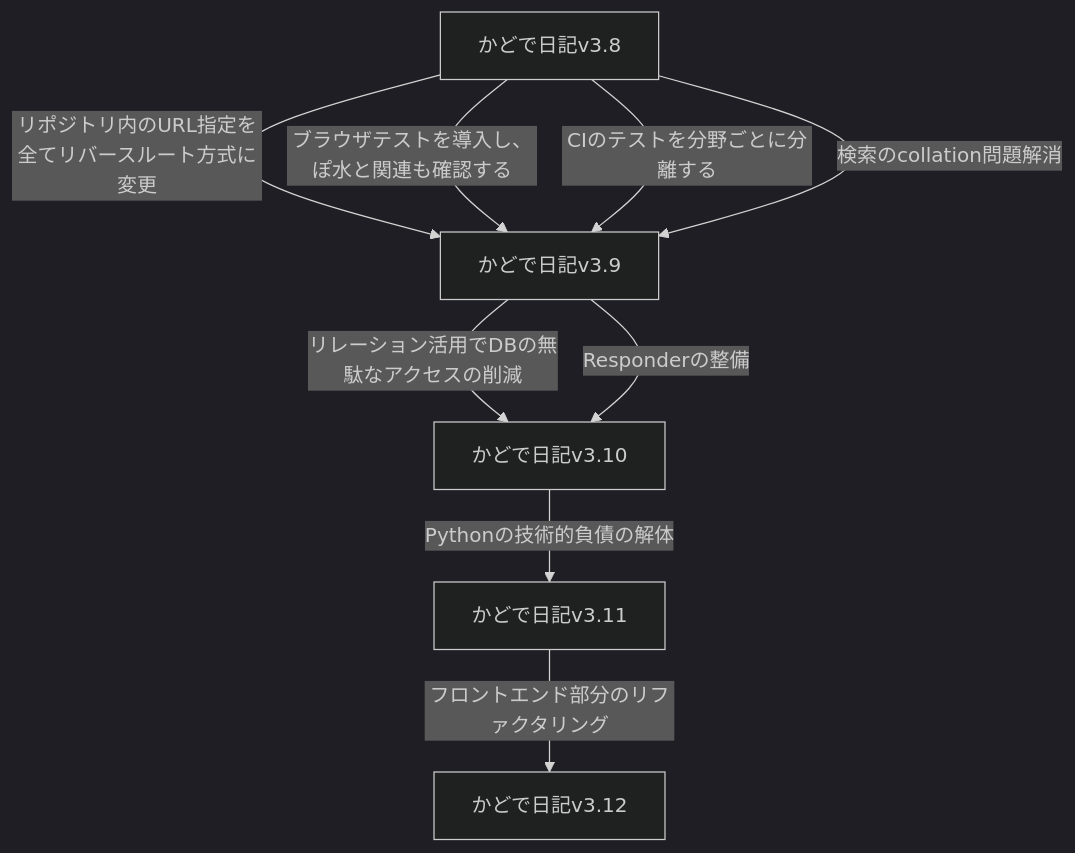
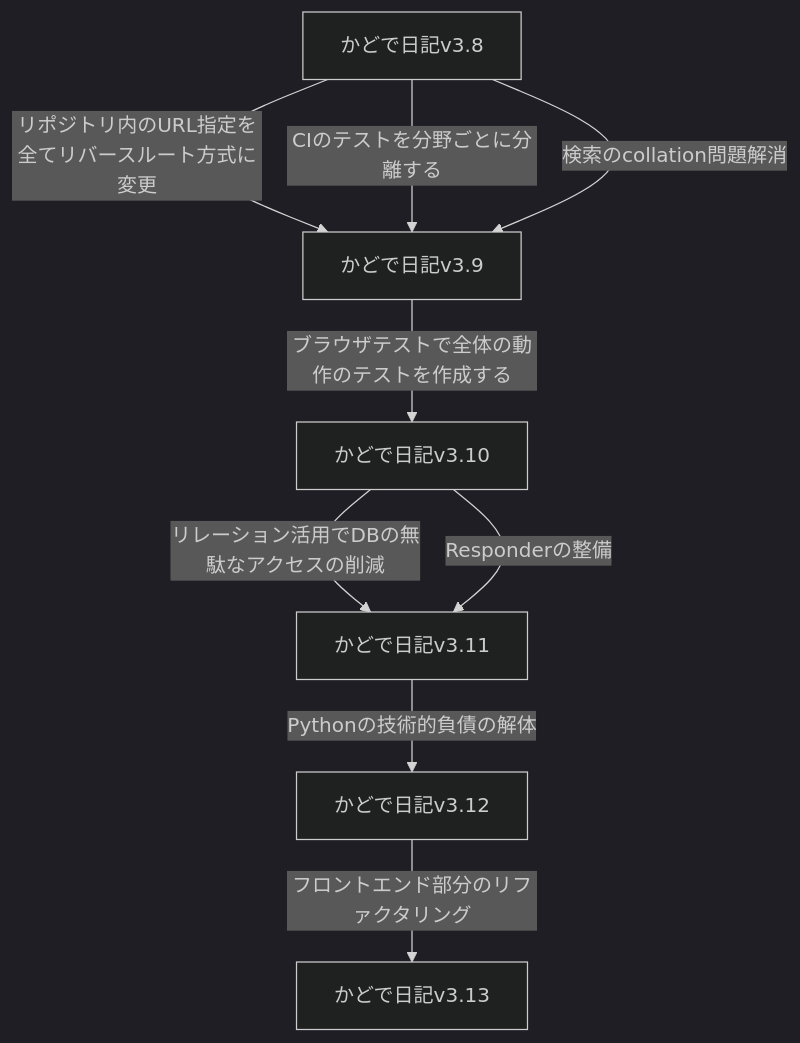
Before and after one commit to KadodeProject/kadode_nikki3: the third of 4 diagrams in README.md, drawn with Mermaid (dark theme).

Commit message:
fix 焦りすぎ

````diff
--- a/README.md
+++ b/README.md
@@ -95,11 +95,11 @@
 ```mermaid
 flowchart TD
     D[かどで日記v3.8]-->|リポジトリ内のURL指定を全てリバースルート方式に変更|E[かどで日記v3.9]
-    D-->|ブラウザテストを導入し、ぽ水と関連も確認する|E
     D-->|CIのテストを分野ごとに分離する|E
     D-->|検索のcollation問題解消|E
-    E-->|リレーション活用でDBの無駄なアクセスの削減|F[かどで日記v3.10]
-    E-->|Responderの整備|F
-    F-->|Pythonの技術的負債の解体|G[かどで日記v3.11]
-    G-->|フロントエンド部分のリファクタリング|H[かどで日記v3.12]
+    E-->|ブラウザテストで全体の動作のテストを作成する|E_F[かどで日記v3.10]
+    E_F-->|リレーション活用でDBの無駄なアクセスの削減|F[かどで日記v3.11]
+    E_F-->|Responderの整備|F
+    F-->|Pythonの技術的負債の解体|G[かどで日記v3.12]
+    G-->|フロントエンド部分のリファクタリング|H[かどで日記v3.13]
 ```
````
